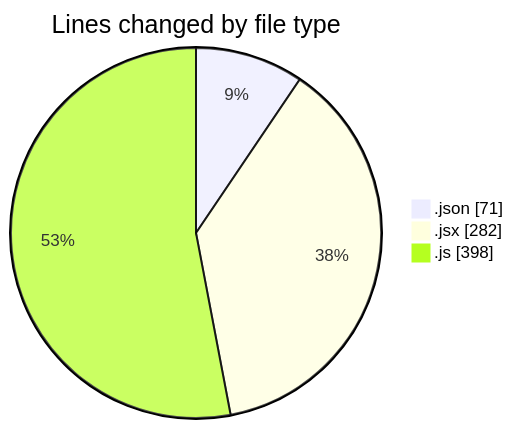
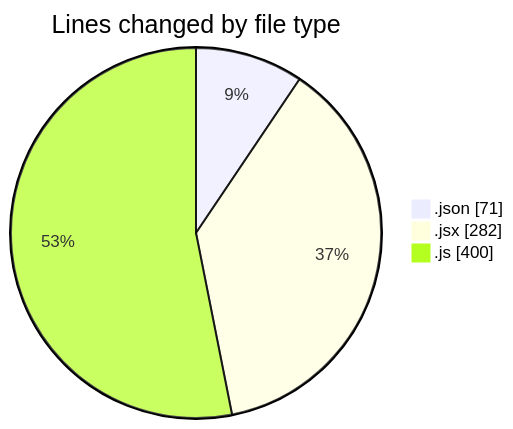
The first of 2 diagrams in 2026-03-02/cda/README.md (momahboobian/code-tracking), drawn with Mermaid before and after one commit. The commit also changed other lines of this file and 1 other file, not shown here.

````diff
--- a/2026-03-02/cda/README.md
+++ b/2026-03-02/cda/README.md
@@ -22,7 +22,7 @@
 ```mermaid
 pie showData
 title Lines changed by file type
 ".json" : 71
 ".jsx" : 282
-".js" : 398
+".js" : 400
 ```
````
